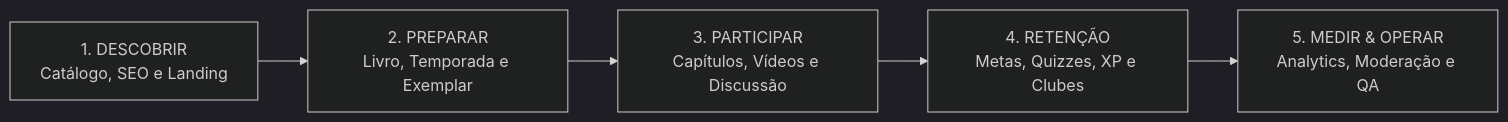
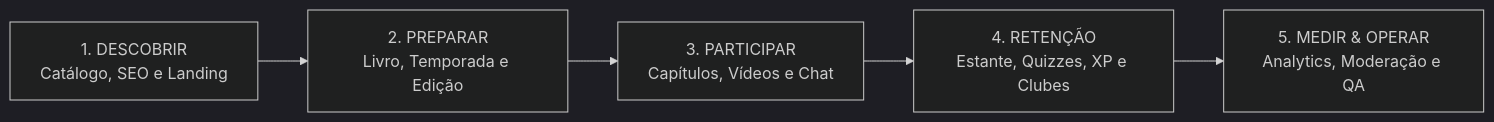
One commit to diyspur/docs changed the diagram in 02 - Funcionalidades/02 - Mapeamento de Funcionalidades.md. Above: the diagram before and after it, drawn with Mermaid (dark theme). The commit also changed other lines of this file and 207 other files, not shown here.

````diff
--- a/02 - Funcionalidades/02 - Mapeamento de Funcionalidades.md
+++ b/02 - Funcionalidades/02 - Mapeamento de Funcionalidades.md
@@ -13,7 +13,7 @@
 ```mermaid
 flowchart LR
-    D["1. DESCOBRIR<br/>Catálogo, SEO e Landing"] --> P["2. PREPARAR<br/>Livro, Temporada e Exemplar"]
-    P --> PA["3. PARTICIPAR<br/>Capítulos, Vídeos e Discussão"]
-    PA --> R["4. RETENÇÃO<br/>Metas, Quizzes, XP e Clubes"]
+    D["1. DESCOBRIR<br/>Catálogo, SEO e Landing"] --> P["2. PREPARAR<br/>Livro, Temporada e Edição"]
+    P --> PA["3. PARTICIPAR<br/>Capítulos, Vídeos e Chat"]
+    PA --> R["4. RETENÇÃO<br/>Estante, Quizzes, XP e Clubes"]
     R --> M["5. MEDIR & OPERAR<br/>Analytics, Moderação e QA"]
 ```
````
